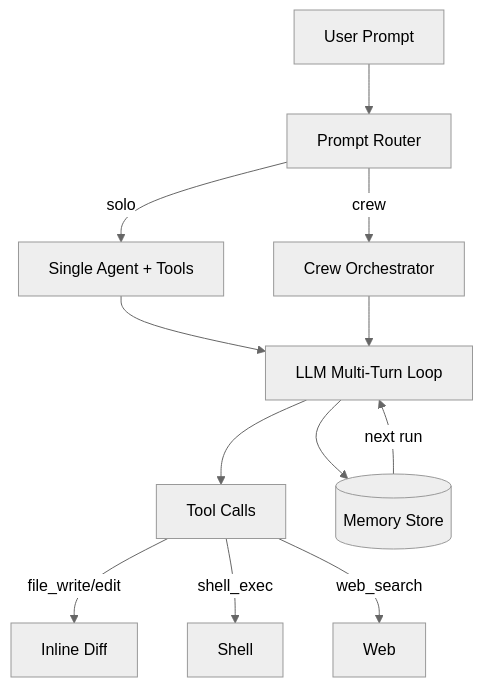
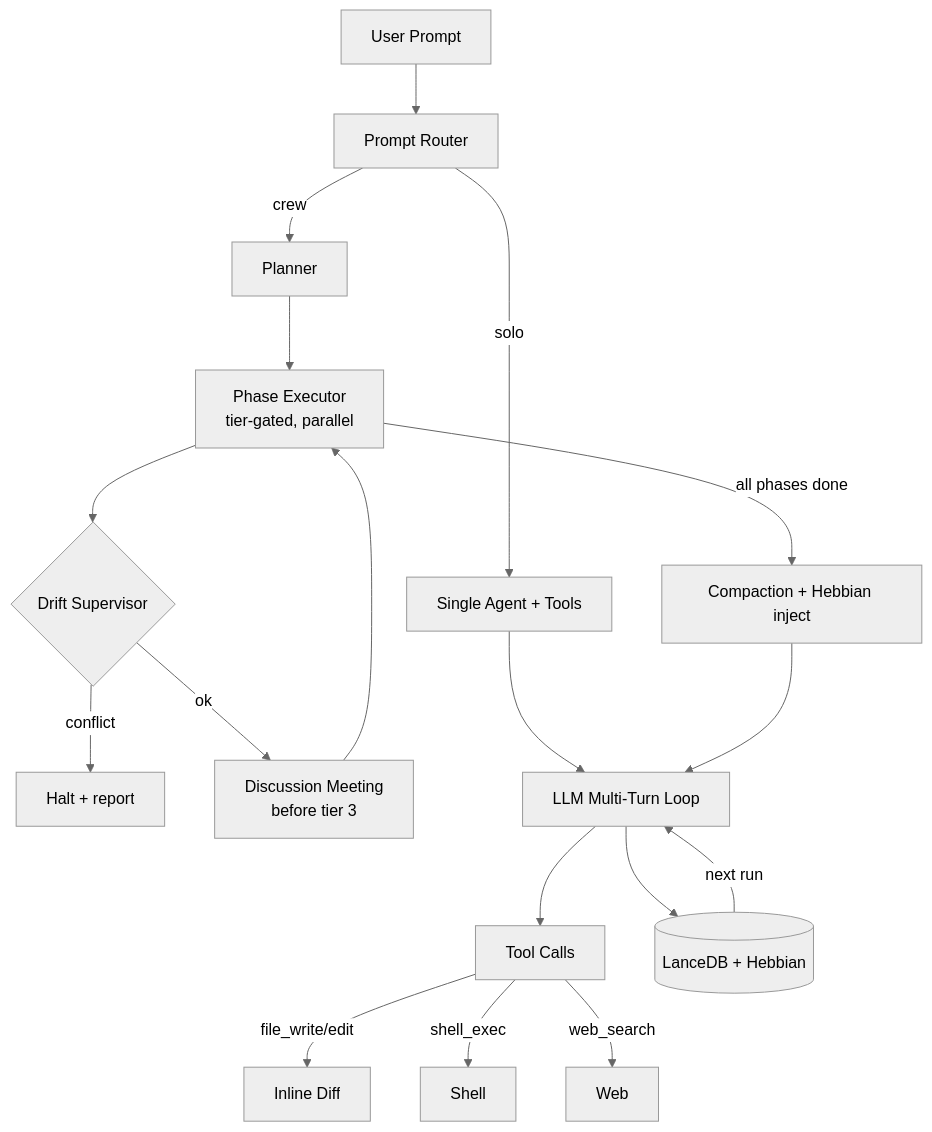
The diagram in README.md (nxank4/teamclaw), drawn with Mermaid (neutral theme) before and after one commit. The commit also changed other lines of this file, not shown here.

Commit message:
docs(readme): flesh out Architecture, Usage, and Tech Stack
Architecture:
- Expand Mermaid to mirror real crew topology (planner → phase exec
  + drift gate → discussion → compaction + hebbian), so the diagram
  agrees with the prose
- Drop the literal '12-node graph' claim — not verified anywhere in
  code; replace with the actual sequence
- Add a 'cross-session subsystems' paragraph naming journal, drift,
  briefing, handoff, think/debate with file paths

Usage:
- Document the three real global flags that print mode also accepts
  (--provider, --model, --mock-llm)
- Surface four registered slash commands that were missing from the
  README table: /plan, /workspace, /error, /dev
- Add 'openpawl -c' (resume) to the Quickstart

Tech Stack:
- Expand LLM providers row from 5 to the ~25 entries in
  provider-catalog.ts, grouped by category
- Replace single-theme line with the 11 themes in tui/themes/built-in
- Add Error handling row (neverthrow) and Web dashboard row
  (React 19 + ReactFlow + Tailwind + Zustand)

````diff
--- a/README.md
+++ b/README.md
@@ -308,18 +313,20 @@
 ```mermaid
 graph TD
     U[User Prompt] --> R[Prompt Router]
-
     R -->|solo| A1[Single Agent + Tools]
-    R -->|crew| CR[Crew Orchestrator]
-
+    R -->|crew| PL[Planner]
+    PL --> PHX[Phase Executor<br/>tier-gated, parallel]
+    PHX --> DS{Drift Supervisor}
+    DS -->|conflict| ABORT[Halt + report]
+    DS -->|ok| MTG[Discussion Meeting<br/>before tier 3]
+    MTG --> PHX
+    PHX -->|all phases done| CMP[Compaction + Hebbian inject]
     A1 --> LLM[LLM Multi-Turn Loop]
-    CR --> LLM
-
+    CMP --> LLM
     LLM --> TC[Tool Calls]
     TC -->|file_write/edit| DIFF[Inline Diff]
     TC -->|shell_exec| SH[Shell]
     TC -->|web_search| WS[Web]
-
-    LLM --> MS[(Memory Store)]
+    LLM --> MS[(LanceDB + Hebbian)]
     MS -->|next run| LLM
 ```
````
